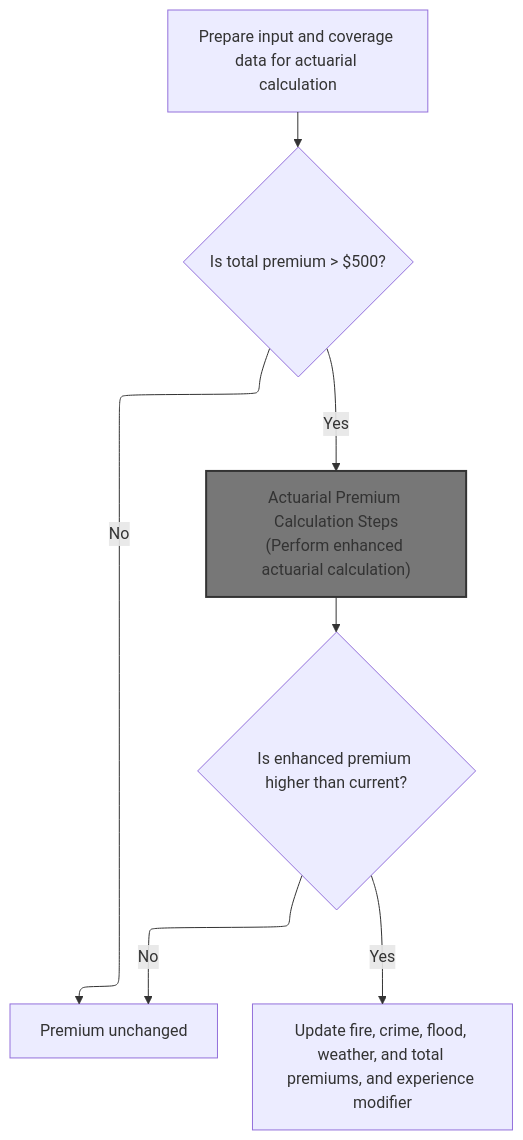
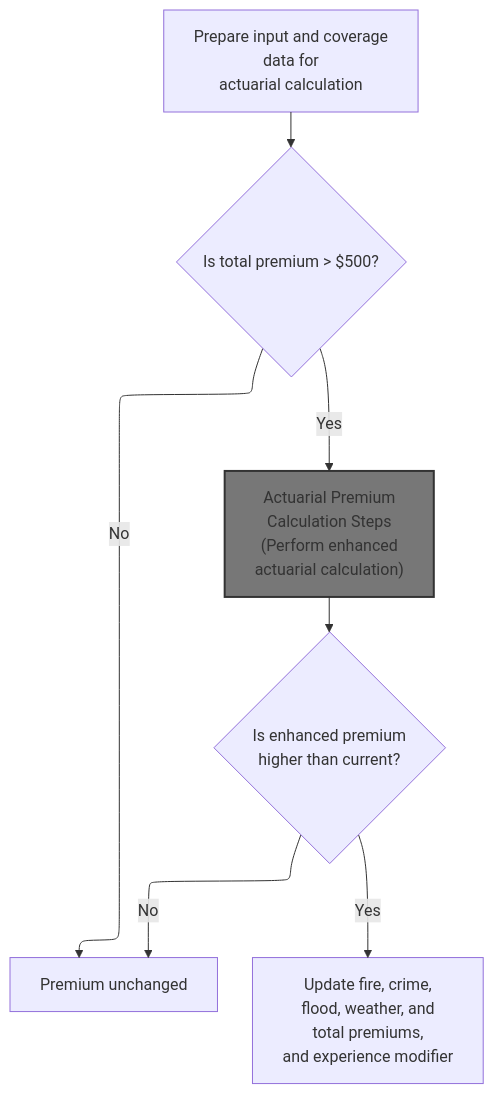
Diagram 11 of 14 in .swm/insurance-policy-processing-and-premium-calculation.t96is.sw.md (Swimm-Demo/kyndryl-cics-genapp), drawn with Mermaid before and after one commit. The commit also changed other lines of this file, not shown here.

````diff
--- a/.swm/insurance-policy-processing-and-premium-calculation.t96is.sw.md
+++ b/.swm/insurance-policy-processing-and-premium-calculation.t96is.sw.md
@@ -1149,40 +1164,56 @@
 ```mermaid
 %%{init: {"flowchart": {"defaultRenderer": "elk"}} }%%
 flowchart TD
-    node1["Prepare input and coverage data for actuarial calculation"]
+    node1["Prepare input and coverage
+ data for 
+actuarial calculation"]
     click node1 openCode "base/src/LGAPDB01.cbl:296:324"
     node1 --> node2{"Is total premium > $500?"}
     click node2 openCode "base/src/LGAPDB01.cbl:325:325"
-    node2 -->|"Yes"| node3["Actuarial Premium Calculation Steps
-(Perform enhanced actuarial calculation)"]
+    node2 -->|"Yes"| node3["Actuarial Premium 
+Calculation Steps
+(Perform enhanced 
+actuarial calculation)"]
     click node3 goToHeading "Actuarial Premium Calculation Steps"
     node2 -->|"No"| node6["Premium unchanged"]
     click node6 openCode "base/src/LGAPDB01.cbl:338:338"
-    node3 --> node4{"Is enhanced premium higher than current?"}
+    node3 --> node4{"Is enhanced premium
+ higher than current?"}
     click node4 openCode "base/src/LGAPDB01.cbl:330:330"
-    node4 -->|"Yes"| node5["Update fire, crime, flood, weather, and total premiums, and experience modifier"]
+    node4 -->|"Yes"| node5["Update fire, crime, 
+flood, weather, and 
+total premiums,
+ and experience modifier"]
     click node5 openCode "base/src/LGAPDB01.cbl:331:326"
     node4 -->|"No"| node6
 classDef HeadingStyle fill:#777777,stroke:#333,stroke-width:2px;
 node3:::HeadingStyle 
 
 %% Swimm:
 %% %%{init: {"flowchart": {"defaultRenderer": "elk"}} }%%
 %% flowchart TD
-%%     node1["Prepare input and coverage data for actuarial calculation"]
+%%     node1["Prepare input and coverage
+%%  data for 
+%% actuarial calculation"]
 %%     click node1 openCode "<SwmPath repo-id="Z2l0aHViJTNBJTNBa3luZHJ5bC1jaWNzLWdlbmFwcCUzQSUzQVN3aW1tLURlbW8=" repo-name="kyndryl-cics-genapp" path="/base/src/LGAPDB01.cbl">`(kyndryl-cics-genapp) base/src/LGAPDB01.cbl`</SwmPath>:296:324"
 %%     node1 --> node2{"Is total premium > $500?"}
 %%     click node2 openCode "<SwmPath repo-id="Z2l0aHViJTNBJTNBa3luZHJ5bC1jaWNzLWdlbmFwcCUzQSUzQVN3aW1tLURlbW8=" repo-name="kyndryl-cics-genapp" path="/base/src/LGAPDB01.cbl">`(kyndryl-cics-genapp) base/src/LGAPDB01.cbl`</SwmPath>:325:325"
-%%     node2 -->|"Yes"| node3["Actuarial Premium Calculation Steps
-%% (Perform enhanced actuarial calculation)"]
+%%     node2 -->|"Yes"| node3["Actuarial Premium 
+%% Calculation Steps
+%% (Perform enhanced 
+%% actuarial calculation)"]
 %%     click node3 goToHeading "Actuarial Premium Calculation Steps"
 %%     node2 -->|"No"| node6["Premium unchanged"]
 %%     click node6 openCode "<SwmPath repo-id="Z2l0aHViJTNBJTNBa3luZHJ5bC1jaWNzLWdlbmFwcCUzQSUzQVN3aW1tLURlbW8=" repo-name="kyndryl-cics-genapp" path="/base/src/LGAPDB01.cbl">`(kyndryl-cics-genapp) base/src/LGAPDB01.cbl`</SwmPath>:338:338"
-%%     node3 --> node4{"Is enhanced premium higher than current?"}
+%%     node3 --> node4{"Is enhanced premium
+%%  higher than current?"}
 %%     click node4 openCode "<SwmPath repo-id="Z2l0aHViJTNBJTNBa3luZHJ5bC1jaWNzLWdlbmFwcCUzQSUzQVN3aW1tLURlbW8=" repo-name="kyndryl-cics-genapp" path="/base/src/LGAPDB01.cbl">`(kyndryl-cics-genapp) base/src/LGAPDB01.cbl`</SwmPath>:330:330"
-%%     node4 -->|"Yes"| node5["Update fire, crime, flood, weather, and total premiums, and experience modifier"]
+%%     node4 -->|"Yes"| node5["Update fire, crime, 
+%% flood, weather, and 
+%% total premiums,
+%%  and experience modifier"]
 %%     click node5 openCode "<SwmPath repo-id="Z2l0aHViJTNBJTNBa3luZHJ5bC1jaWNzLWdlbmFwcCUzQSUzQVN3aW1tLURlbW8=" repo-name="kyndryl-cics-genapp" path="/base/src/LGAPDB01.cbl">`(kyndryl-cics-genapp) base/src/LGAPDB01.cbl`</SwmPath>:331:326"
 %%     node4 -->|"No"| node6
 %% classDef HeadingStyle fill:#777777,stroke:#333,stroke-width:2px;
 %% node3:::HeadingStyle 
 ```
````
